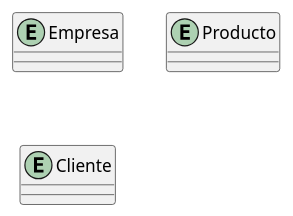
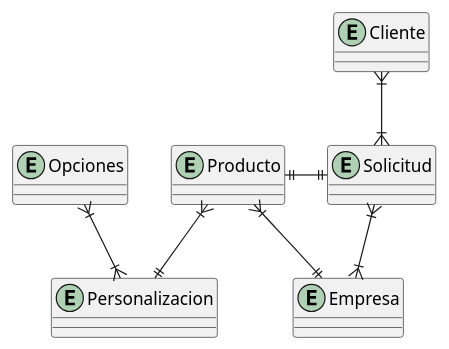
One commit to Los-Waza/MetalK_Documentation changed the diagram in metalK_mer.puml. Above: the diagram before and after it, drawn with PlantUML. The commit also changed 1 other file, not shown here.

```diff
--- a/metalK_mer.puml
+++ b/metalK_mer.puml
@@ -1,11 +1,20 @@
 @startuml MetalK_MER
     top to bottom direction
     skinparam linestyle orto
 
     entity Empresa{}
     entity Producto{}
     entity Cliente{}
+    entity Solicitud{}
+    entity Personalizacion{}
+    entity Opciones{}
 
+    Empresa ||--|{ Producto
+    Solicitud }|--|{ Empresa
+    Cliente }|--|{ Solicitud
+    Producto }|--|| Personalizacion
+    Personalizacion }|-up-|{ Opciones
+    Solicitud ||-left-|| Producto
 
     
 @enduml
```
